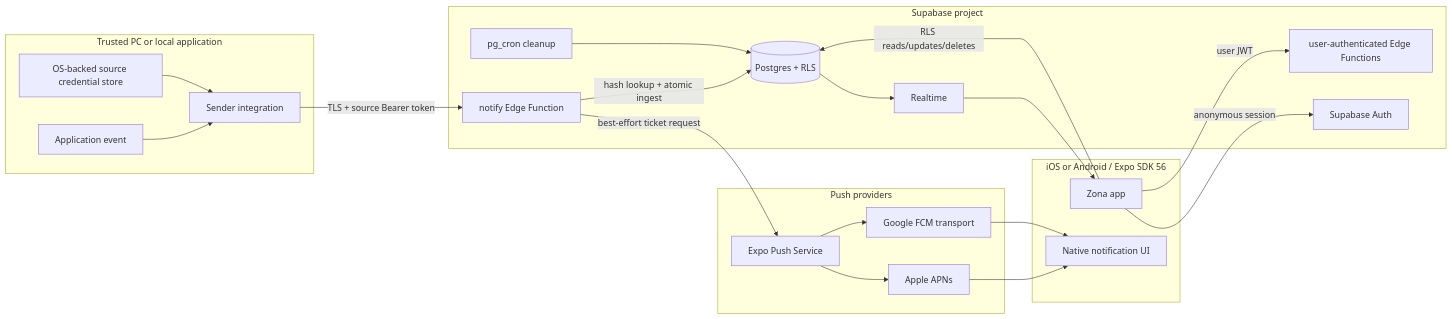
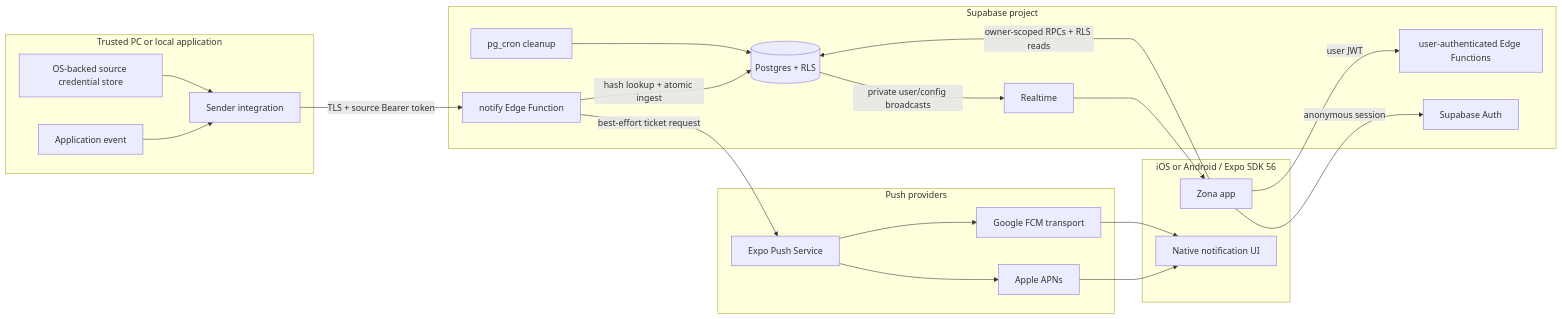
The diagram in docs/ARCHITECTURE.md (terri-yaki/zona), drawn with Mermaid before and after one commit. The commit also changed other lines of this file and 56 other files, not shown here.

````diff
--- a/docs/ARCHITECTURE.md
+++ b/docs/ARCHITECTURE.md
@@ -9,37 +9,37 @@
 ```mermaid
 flowchart LR
   subgraph Sender["Trusted PC or local application"]
     A["Application event"] --> B["Sender integration"]
     K["OS-backed source credential store"] --> B
   end
 
   subgraph Supabase["Supabase project"]
     N["notify Edge Function"]
     U["user-authenticated Edge Functions"]
     DB[("Postgres + RLS")]
     AUTH["Supabase Auth"]
     RT["Realtime"]
     CRON["pg_cron cleanup"]
   end
 
   subgraph Push["Push providers"]
     EXPO["Expo Push Service"] --> APNS["Apple APNs"]
     EXPO --> FCM["Google FCM transport"]
   end
 
   subgraph Phone["iOS or Android / Expo SDK 56"]
     APP["Zona app"]
     NATIVE["Native notification UI"]
   end
 
   B -->|"TLS + source Bearer token"| N
   N -->|"hash lookup + atomic ingest"| DB
   N -->|"best-effort ticket request"| EXPO
   APNS --> NATIVE
   FCM --> NATIVE
   APP -->|"anonymous session"| AUTH
   APP -->|"user JWT"| U
-  APP -->|"RLS reads/updates/deletes"| DB
-  DB --> RT --> APP
+  APP -->|"owner-scoped RPCs + RLS reads"| DB
+  DB -->|"private user/config broadcasts"| RT --> APP
   CRON --> DB
 ```
````
